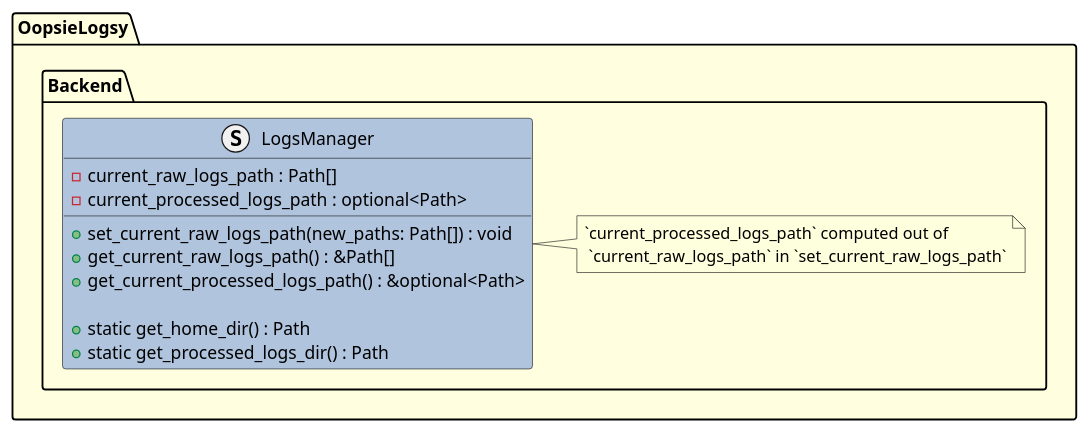
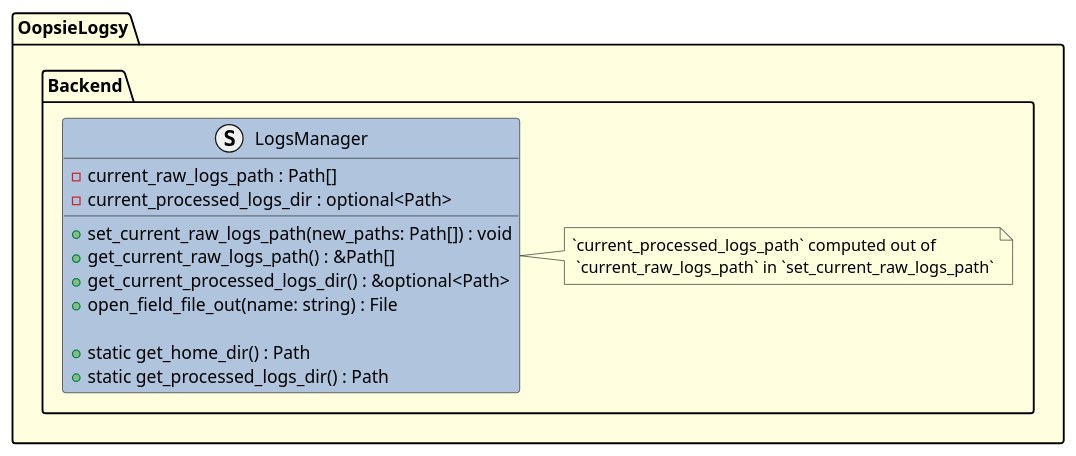
One commit to TheAncientOwl/oopsie-logsy changed the diagram in project/docs/architecture/store/backend/logs.puml. Above: the diagram before and after it, drawn with PlantUML. The commit also changed 10 other files, not shown here.

```diff
--- a/project/docs/architecture/store/backend/logs.puml
+++ b/project/docs/architecture/store/backend/logs.puml
@@ -1,23 +1,24 @@
 @startuml Logs
 
 package OopsieLogsy #LightYellow {
     package Backend {
         struct LogsManager #LightSteelBlue {
             - current_raw_logs_path : Path[]
-            - current_processed_logs_path : optional<Path>
+            - current_processed_logs_dir : optional<Path>
 
             + set_current_raw_logs_path(new_paths: Path[]) : void
             + get_current_raw_logs_path() : &Path[]
-            + get_current_processed_logs_path() : &optional<Path>
+            + get_current_processed_logs_dir() : &optional<Path>
+            + open_field_file_out(name: string) : File
 
             + static get_home_dir() : Path
             + static get_processed_logs_dir() : Path
         }
         note right
             `current_processed_logs_path` computed out of
              `current_raw_logs_path` in `set_current_raw_logs_path`
         end note
     }
 }
 
 @enduml
```
